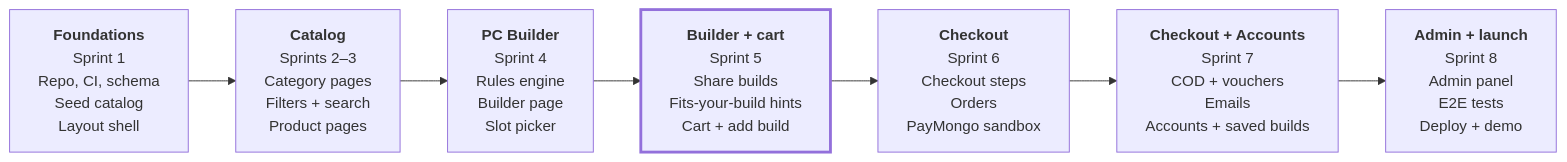
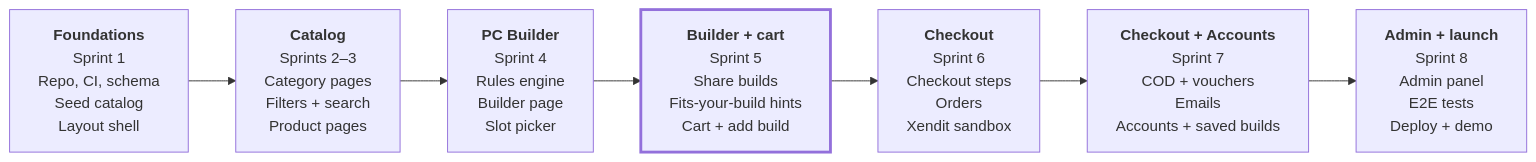
One commit to romulojr-dev/pc-ecommerce changed the second of 2 diagrams in docs/prd.md. Above: the diagram before and after it, drawn with Mermaid. The commit also changed other lines of this file and 74 other files, not shown here.

First line of the commit message:
Pay with a Xendit payment session

````diff
--- a/docs/prd.md
+++ b/docs/prd.md
@@ -366,14 +366,14 @@
 ```mermaid
 flowchart LR
     S1["<b>Foundations</b><br/>Sprint 1<br/>Repo, CI, schema<br/>Seed catalog<br/>Layout shell"]
     S2["<b>Catalog</b><br/>Sprints 2–3<br/>Category pages<br/>Filters + search<br/>Product pages"]
     S4["<b>PC Builder</b><br/>Sprint 4<br/>Rules engine<br/>Builder page<br/>Slot picker"]
     S5["<b>Builder + cart</b><br/>Sprint 5<br/>Share builds<br/>Fits-your-build hints<br/>Cart + add build"]
-    S6["<b>Checkout</b><br/>Sprint 6<br/>Checkout steps<br/>Orders<br/>PayMongo sandbox"]
+    S6["<b>Checkout</b><br/>Sprint 6<br/>Checkout steps<br/>Orders<br/>Xendit sandbox"]
     S7["<b>Checkout + Accounts</b><br/>Sprint 7<br/>COD + vouchers<br/>Emails<br/>Accounts + saved builds"]
     S8["<b>Admin + launch</b><br/>Sprint 8<br/>Admin panel<br/>E2E tests<br/>Deploy + demo"]
 
     S1 --> S2 --> S4 --> S5 --> S6 --> S7 --> S8
 
     style S5 stroke-width:3px
 ```
````
